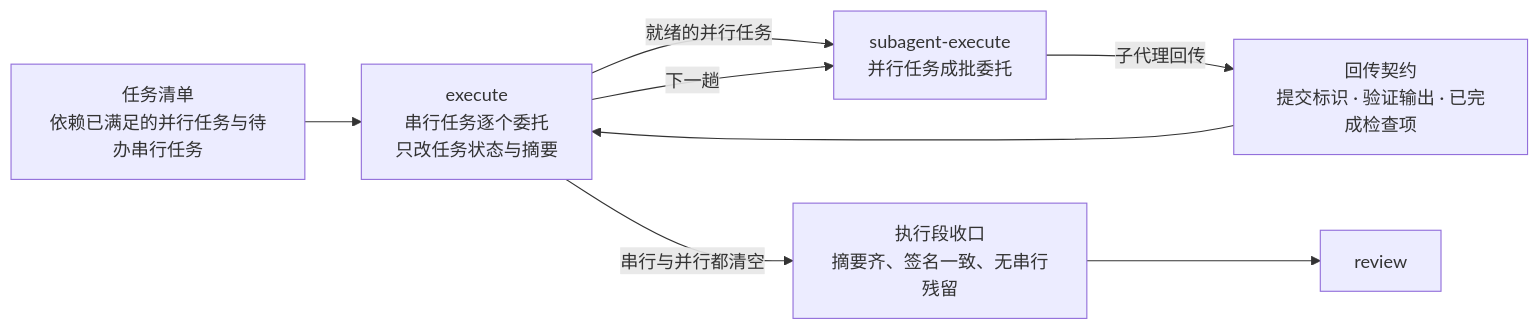
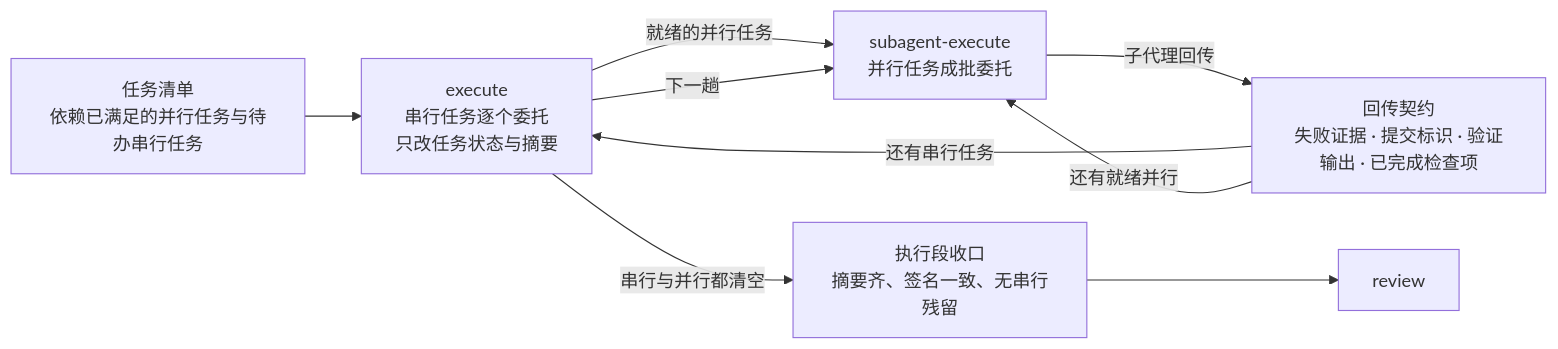
One commit to baobaolaodie/flow-comet changed the fifth of 7 diagrams in docs/NODES-zh.md. Above: the diagram before and after it, drawn with Mermaid. The commit also changed other lines of this file and 4 other files, not shown here.

````diff
--- a/docs/NODES-zh.md
+++ b/docs/NODES-zh.md
@@ -441,16 +441,17 @@
 ```mermaid
 flowchart LR
   T["任务清单<br/>依赖已满足的并行任务与待办串行任务"]
   X["execute<br/>串行任务逐个委托<br/>只改任务状态与摘要"]
   S["subagent-execute<br/>并行任务成批委托"]
-  C["回传契约<br/>提交标识 · 验证输出 · 已完成检查项"]
+  C["回传契约<br/>失败证据 · 提交标识 · 验证输出 · 已完成检查项"]
   G["执行段收口<br/>摘要齐、签名一致、无串行残留"]
   R["review"]
   T --> X
   X -->|"就绪的并行任务"| S
   S -->|"子代理回传"| C
-  C --> X
+  C -->|"还有串行任务"| X
+  C -->|"还有就绪并行"| S
   X -->|"下一趟"| S
   X -->|"串行与并行都清空"| G
   G --> R
 ```
````
